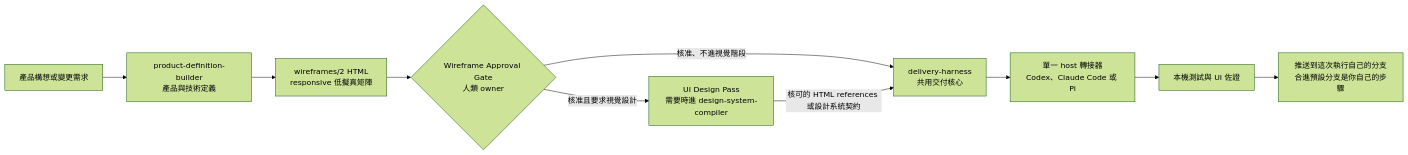
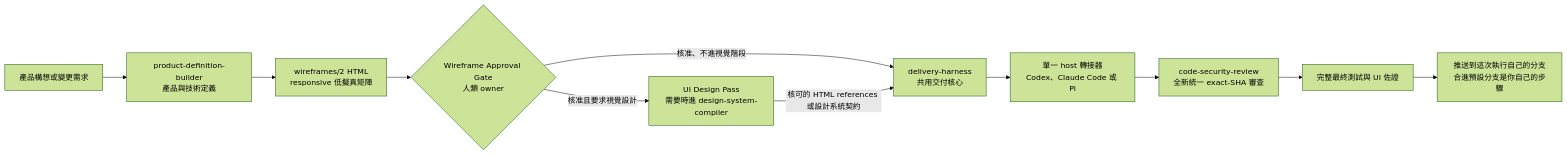
The first of 3 diagrams in README.zh-TW.md (Phlegonlabs/product-delivery-harness), drawn with Mermaid (forest theme) before and after one commit. The commit also changed other lines of this file and 57 other files, not shown here.

````diff
--- a/README.zh-TW.md
+++ b/README.zh-TW.md
@@ -64,12 +69,13 @@
 ```mermaid
 flowchart LR
   Idea["產品構想或變更需求"] --> PRD["product-definition-builder\n產品與技術定義"]
   PRD --> Wireframe["wireframes/2 HTML\nresponsive 低擬真矩陣"]
   Wireframe --> Gate{"Wireframe Approval Gate\n人類 owner"}
   Gate -->|"核准且要求視覺設計"| Design["UI Design Pass\n需要時進 design-system-compiler"]
   Gate -->|"核准、不進視覺階段"| Harness["delivery-harness\n共用交付核心"]
   Design -->|"核可的 HTML references 或設計系統契約"| Harness
   Harness --> Runtime["單一 host 轉接器\nCodex、Claude Code 或 Pi"]
-  Runtime --> Evidence["本機測試與 UI 佐證"]
+  Runtime --> Security["code-security-review\n全新統一 exact-SHA 審查"]
+  Security --> Evidence["完整最終測試與 UI 佐證"]
   Evidence --> Push["推送到這次執行自己的分支\n合進預設分支是你自己的步驟"]
 ```
````
